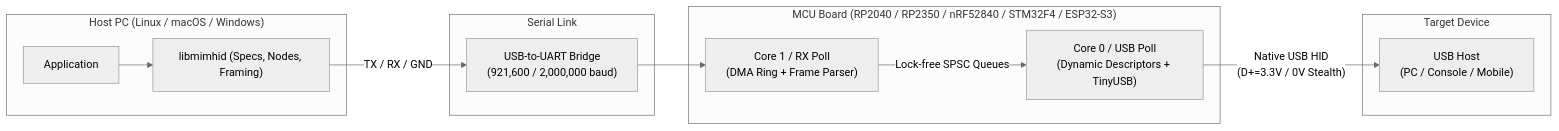
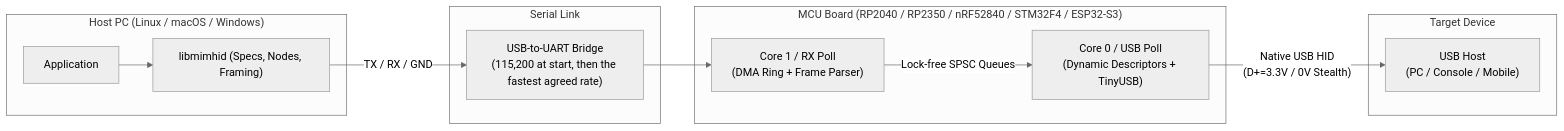
The diagram in README.md (nemarpuc/libmimhid), drawn with Mermaid (neutral theme) before and after one commit. The commit also changed other lines of this file and 30 other files, not shown here.

First line of the commit message:
Release 1.0.1: line rate agreed at run time, protocol 3

````diff
--- a/README.md
+++ b/README.md
@@ -30,18 +30,18 @@
 ```mermaid
 flowchart LR
     subgraph Host["Host PC (Linux / macOS / Windows)"]
         App["Application"] --> API["libmimhid (Specs, Nodes, Framing)"]
     end
     subgraph Bridge["Serial Link"]
-        UART["USB-to-UART Bridge<br/>(921,600 / 2,000,000 baud)"]
+        UART["USB-to-UART Bridge<br/>(115,200 at start, then the fastest agreed rate)"]
     end
     subgraph MCU["MCU Board (RP2040 / RP2350 / nRF52840 / STM32F4 / ESP32-S3)"]
         RX["Core 1 / RX Poll<br/>(DMA Ring + Frame Parser)"] -->|"Lock-free SPSC Queues"| USB["Core 0 / USB Poll<br/>(Dynamic Descriptors + TinyUSB)"]
     end
     subgraph Target["Target Device"]
         TargetOS["USB Host<br/>(PC / Console / Mobile)"]
     end
     API -->|"TX / RX / GND"| UART
     UART --> RX
     USB -->|"Native USB HID<br/>(D+=3.3V / 0V Stealth)"| TargetOS
 ```
````
